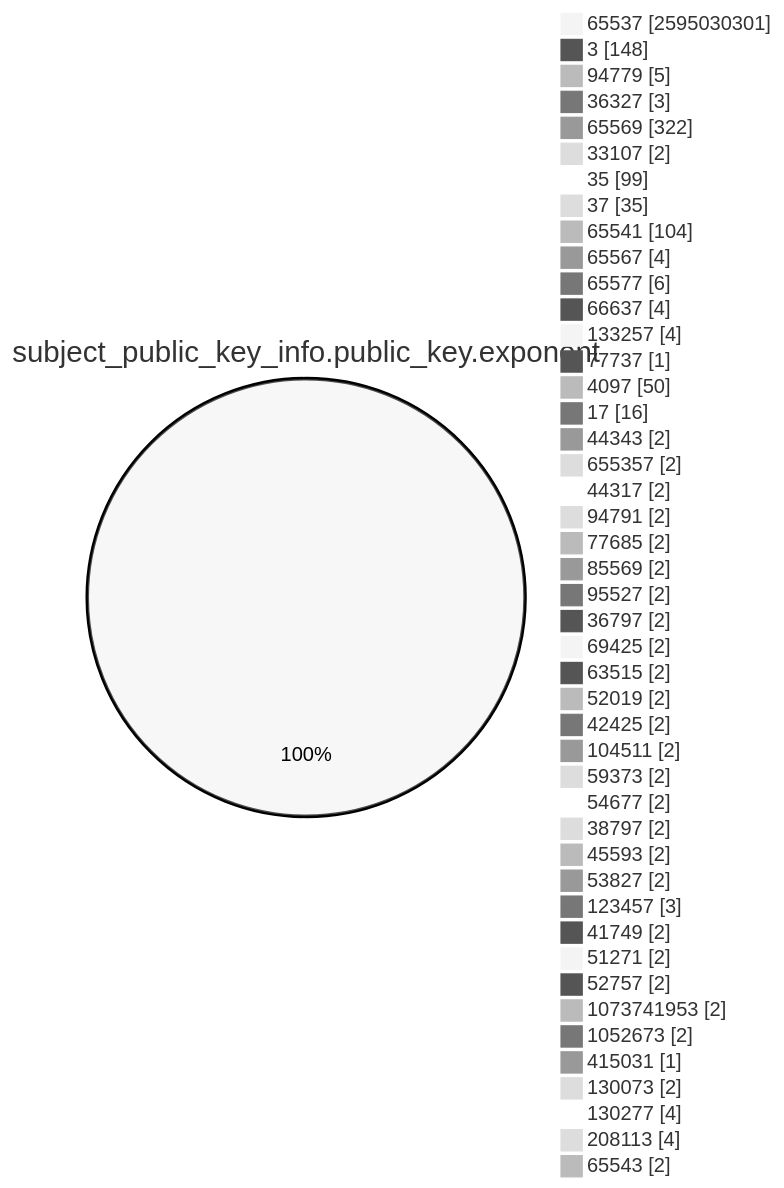
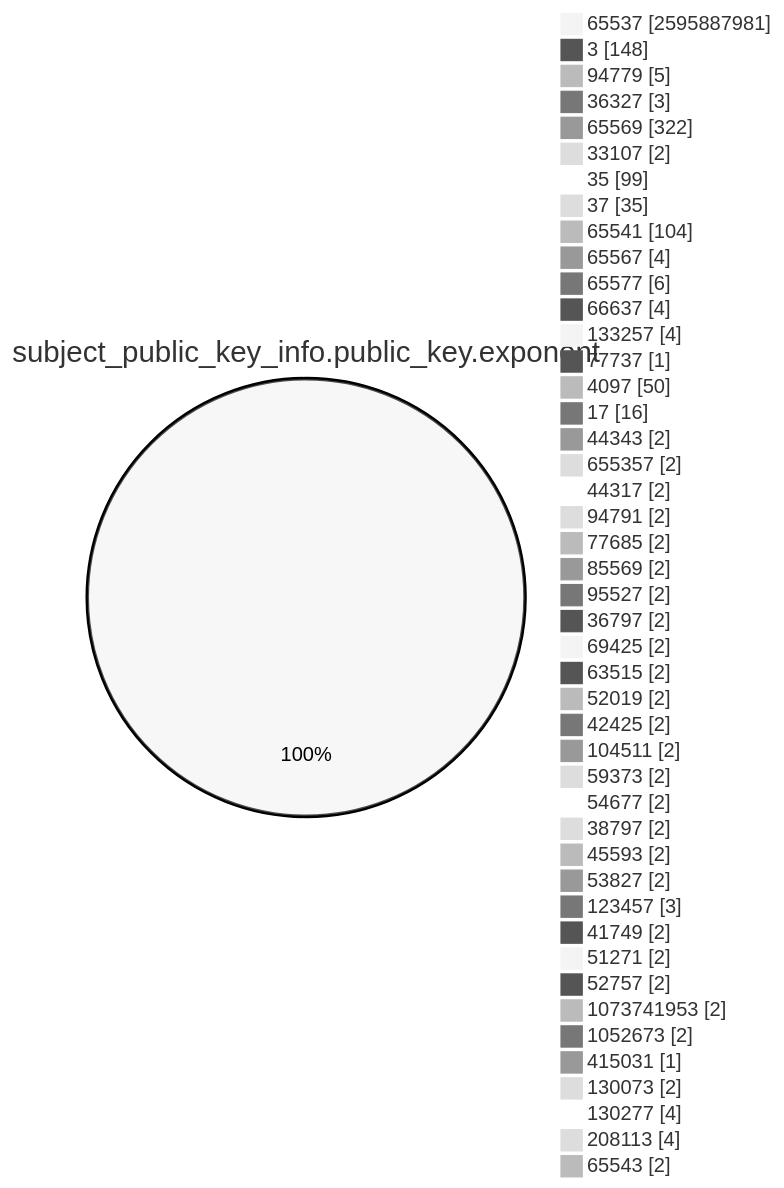
Before and after one commit to christiankrug/ctmonitor_visualization: the fourth of 15 diagrams in TOTAL/README.md, drawn with Mermaid (neutral theme). The commit also changed other lines of this file, not shown here.

````diff
--- a/TOTAL/README.md
+++ b/TOTAL/README.md
@@ -1464,49 +1465,49 @@
 ```mermaid
 pie showData
 title subject_public_key_info.public_key.exponent
-"65537" :2595030301
+"65537" :2595887981
 "3" :148
 "94779" :5
 "36327" :3
 "65569" :322
 "33107" :2
 "35" :99
 "37" :35
 "65541" :104
 "65567" :4
 "65577" :6
 "66637" :4
 "133257" :4
 "77737" :1
 "4097" :50
 "17" :16
 "44343" :2
 "655357" :2
 "44317" :2
 "94791" :2
 "77685" :2
 "85569" :2
 "95527" :2
 "36797" :2
 "69425" :2
 "63515" :2
 "52019" :2
 "42425" :2
 "104511" :2
 "59373" :2
 "54677" :2
 "38797" :2
 "45593" :2
 "53827" :2
 "123457" :3
 "41749" :2
 "51271" :2
 "52757" :2
 "1073741953" :2
 "1052673" :2
 "415031" :1
 "130073" :2
 "130277" :4
 "208113" :4
 "65543" :2
 ```
````
